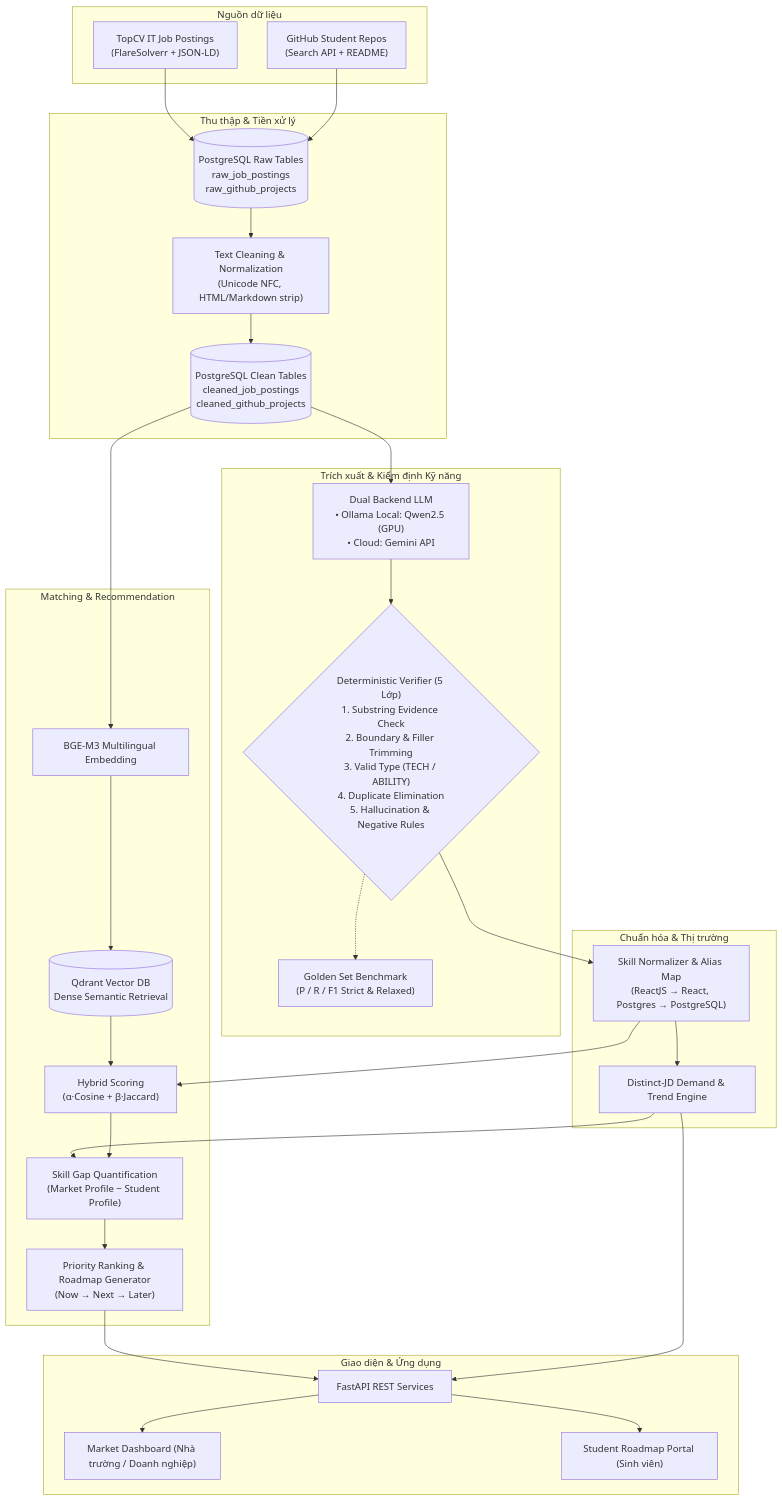
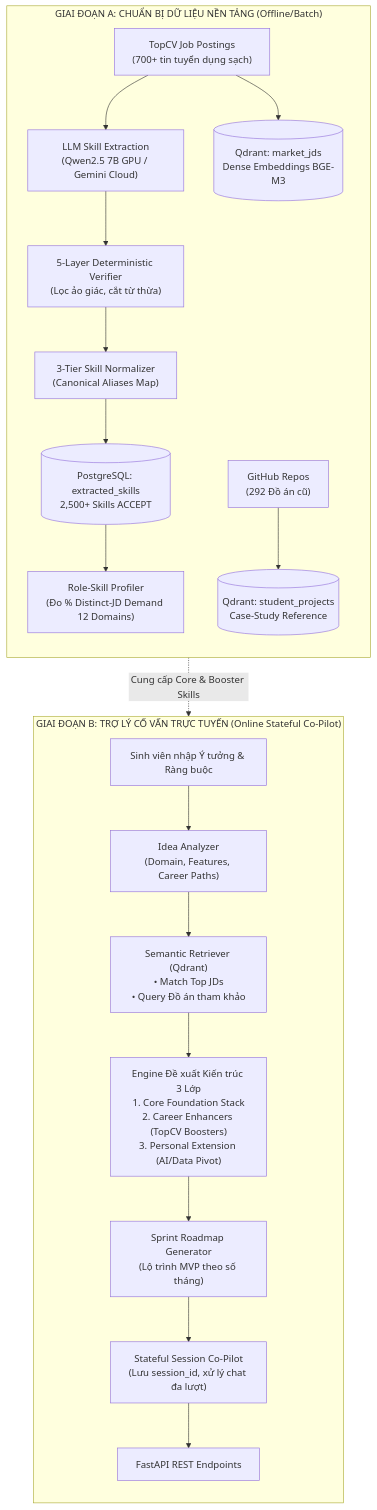
One commit to PoemN-1212/AISC26_LUSTRA_GEM changed the third of 3 diagrams in README.md. Above: the diagram before and after it, drawn with Mermaid. The commit also changed other lines of this file and 27 other files, not shown here.

````diff
--- a/README.md
+++ b/README.md
@@ -63,59 +125,27 @@
 ```mermaid
 flowchart TB
-    subgraph SOURCES["Nguồn dữ liệu"]
-        TOPCV["TopCV IT Job Postings<br/>(FlareSolverr + JSON-LD)"]
-        GITHUB["GitHub Student Repos<br/>(Search API + README)"]
+    subgraph DATA_PREP ["GIAI ĐOẠN A: CHUẨN BỊ DỮ LIỆU NỀN TẢNG (Offline/Batch)"]
+        direction TB
+        TOPCV["TopCV Job Postings<br/>(700+ tin tuyển dụng sạch)"] --> EXT_ENGINE["LLM Skill Extraction<br/>(Qwen2.5 7B GPU / Gemini Cloud)"]
+        EXT_ENGINE --> VERIFIER["5-Layer Deterministic Verifier<br/>(Lọc ảo giác, cắt từ thừa)"]
+        VERIFIER --> NORM["3-Tier Skill Normalizer<br/>(Canonical Aliases Map)"]
+        NORM --> DB_SKILLS[("PostgreSQL: extracted_skills<br/>2,500+ Skills ACCEPT")]
+        
+        DB_SKILLS --> ROLE_PROF["Role-Skill Profiler<br/>(Đo % Distinct-JD Demand 12 Domains)"]
+        TOPCV --> QDRANT_JDS[("Qdrant: market_jds<br/>Dense Embeddings BGE-M3")]
+        GITHUB["GitHub Repos<br/>(292 Đồ án cũ)"] --> QDRANT_PROJ[("Qdrant: student_projects<br/>Case-Study Reference")]
     end
 
-    subgraph INGESTION["Thu thập & Tiền xử lý"]
-        RAW_PG[("PostgreSQL Raw Tables<br/>raw_job_postings<br/>raw_github_projects")]
-        CLEANER["Text Cleaning & Normalization<br/>(Unicode NFC, HTML/Markdown strip)"]
-        CLEAN_PG[("PostgreSQL Clean Tables<br/>cleaned_job_postings<br/>cleaned_github_projects")]
+    subgraph ONLINE_ADVISORY ["GIAI ĐOẠN B: TRỢ LÝ CỐ VẤN TRỰC TUYẾN (Online Stateful Co-Pilot)"]
+        direction TB
+        STUDENT["Sinh viên nhập Ý tưởng & Ràng buộc"] --> ANALYZER["Idea Analyzer<br/>(Domain, Features, Career Paths)"]
+        ANALYZER --> RETRIEVER["Semantic Retriever (Qdrant)<br/>• Match Top JDs<br/>• Query Đồ án tham khảo"]
+        
+        RETRIEVER --> ENGINE_3L["Engine Đề xuất Kiến trúc 3 Lớp<br/>1. Core Foundation Stack<br/>2. Career Enhancers (TopCV Boosters)<br/>3. Personal Extension (AI/Data Pivot)"]
+        
+        ROLE_PROF -.->|Cung cấp Core & Booster Skills| ENGINE_3L
+        ENGINE_3L --> ROADMAP["Sprint Roadmap Generator<br/>(Lộ trình MVP theo số tháng)"]
+        ROADMAP --> SESSION_MGR["Stateful Session Co-Pilot<br/>(Lưu session_id, xử lý chat đa lượt)"]
+        SESSION_MGR --> API_OUT["FastAPI REST Endpoints"]
     end
-
-    subgraph AI_PIPELINE["Trích xuất & Kiểm định Kỹ năng"]
-        LLM["Dual Backend LLM<br/>• Ollama Local: Qwen2.5 (GPU)<br/>• Cloud: Gemini API"]
-        VERIFIER{"Deterministic Verifier (5 Lớp)<br/>1. Substring Evidence Check<br/>2. Boundary & Filler Trimming<br/>3. Valid Type (TECH / ABILITY)<br/>4. Duplicate Elimination<br/>5. Hallucination & Negative Rules"}
-        GOLDEN["Golden Set Benchmark<br/>(P / R / F1 Strict & Relaxed)"]
-    end
-
-    subgraph MARKET_INTELLIGENCE["Chuẩn hóa & Thị trường"]
-        NORMALIZER["Skill Normalizer & Alias Map<br/>(ReactJS → React, Postgres → PostgreSQL)"]
-        MARKET_AGG["Distinct-JD Demand & Trend Engine"]
-    end
-
-    subgraph MATCHING_ENGINE["Matching & Recommendation"]
-        EMBEDDING["BGE-M3 Multilingual Embedding"]
-        QDRANT[("Qdrant Vector DB<br/>Dense Semantic Retrieval")]
-        HYBRID_MATCH["Hybrid Scoring<br/>(α·Cosine + β·Jaccard)"]
-        GAP_ENGINE["Skill Gap Quantification<br/>(Market Profile − Student Profile)"]
-        ROADMAP_GEN["Priority Ranking & Roadmap Generator<br/>(Now → Next → Later)"]
-    end
-
-    subgraph PRODUCTS["Giao diện & Ứng dụng"]
-        API["FastAPI REST Services"]
-        FE_DASH["Market Dashboard (Nhà trường / Doanh nghiệp)"]
-        FE_STUDENT["Student Roadmap Portal (Sinh viên)"]
-    end
-
-    TOPCV --> RAW_PG
-    GITHUB --> RAW_PG
-    RAW_PG --> CLEANER
-    CLEANER --> CLEAN_PG
-    CLEAN_PG --> LLM
-    LLM --> VERIFIER
-    VERIFIER -.-> GOLDEN
-    VERIFIER --> NORMALIZER
-    NORMALIZER --> MARKET_AGG
-    NORMALIZER --> HYBRID_MATCH
-    CLEAN_PG --> EMBEDDING
-    EMBEDDING --> QDRANT
-    QDRANT --> HYBRID_MATCH
-    MARKET_AGG --> GAP_ENGINE
-    HYBRID_MATCH --> GAP_ENGINE
-    GAP_ENGINE --> ROADMAP_GEN
-    ROADMAP_GEN --> API
-    MARKET_AGG --> API
-    API --> FE_DASH
-    API --> FE_STUDENT
 ```
````
